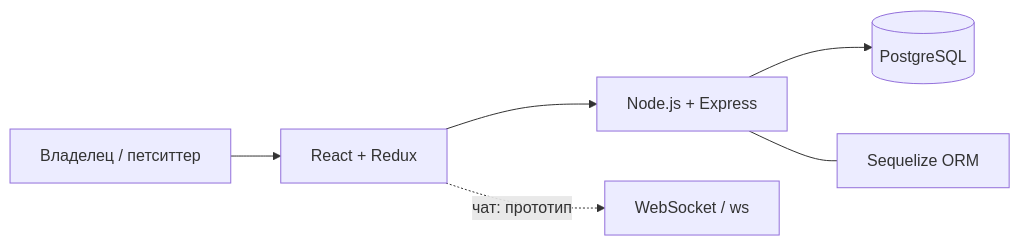
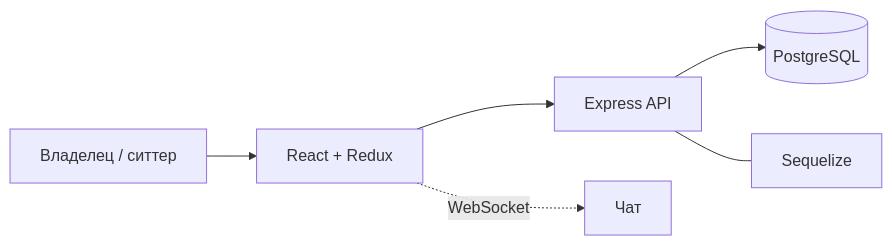
One commit to Andrew-Kotlov/Pet-Travel changed the diagram in README.md. Above: the diagram before and after it, drawn with Mermaid. The commit also changed other lines of this file, not shown here.

Commit message:
docs: describe Pet-Travel as an evolving app with a clear roadmap

````diff
--- a/README.md
+++ b/README.md
@@ -47,8 +37,8 @@
 ```mermaid
 flowchart LR
-    A["Владелец / петситтер"] --> B["React + Redux"]
-    B --> C["Node.js + Express"]
+    A["Владелец / ситтер"] --> B["React + Redux"]
+    B --> C["Express API"]
     C --> D[("PostgreSQL")]
-    C --- E["Sequelize ORM"]
-    B -. "чат: прототип" .-> F["WebSocket / ws"]
+    C --- E["Sequelize"]
+    B -. "WebSocket" .-> F["Чат"]
 ```
````
